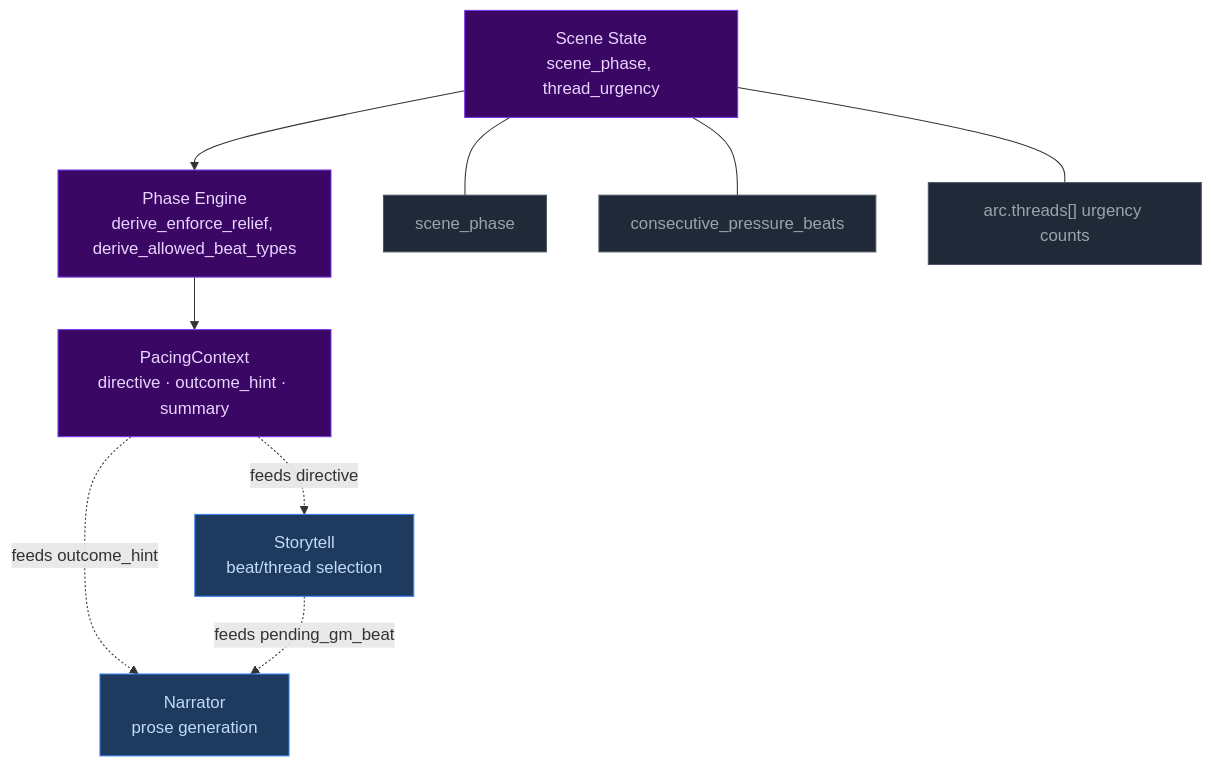
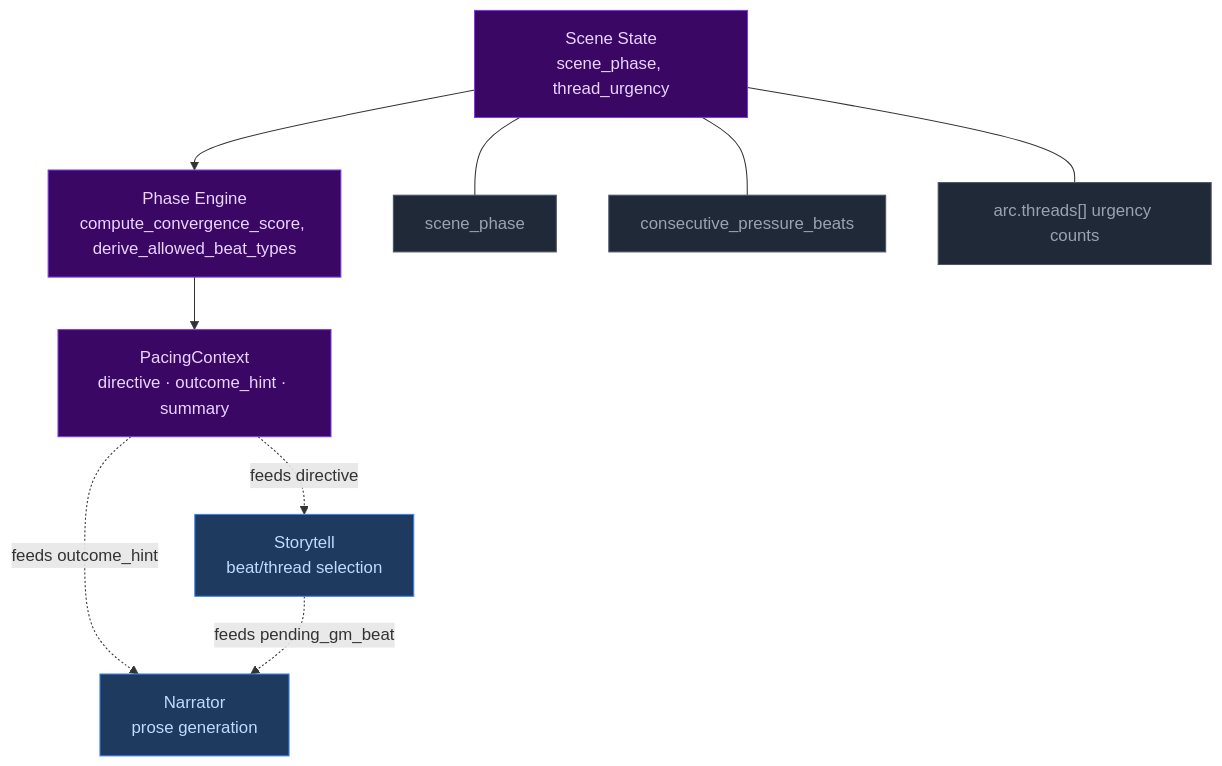
The first of 7 diagrams in docs/architecture/pacing-systems.md (pww217/fablethread), drawn with Mermaid before and after one commit. The commit also changed other lines of this file and 6 other files, not shown here.

````diff
--- a/docs/architecture/pacing-systems.md
+++ b/docs/architecture/pacing-systems.md
@@ -9,21 +9,21 @@
 ```mermaid
 flowchart TD
     classDef system fill:#3b0764,color:#e9d5ff,stroke:#7c3aed,strokeWidth:2px
     classDef shared fill:#1f2937,color:#9ca3af,stroke:#4b5563,strokeWidth:1px
     classDef output fill:#1e3a5f,color:#bfdbfe,stroke:#3b82f6
 
     S["Scene State<br>scene_phase, thread_urgency"]:::system
-    PE["Phase Engine<br>derive_enforce_relief, derive_allowed_beat_types"]:::system
+    PE["Phase Engine<br>compute_convergence_score, derive_allowed_beat_types"]:::system
     PC["PacingContext<br>directive · outcome_hint · summary"]:::system
     N["Narrator<br>prose generation"]:::output
     SB["Storytell<br>beat/thread selection"]:::output
 
     S --- shared1["scene_phase"]:::shared
     S --- shared2["consecutive_pressure_beats"]:::shared
     S --- shared3["arc.threads[] urgency counts"]:::shared
 
     S --> PE --> PC
     PC -. "feeds outcome_hint" .-> N
     PC -. "feeds directive" .-> SB
     SB -. "feeds pending_gm_beat" .-> N
 ```
````
